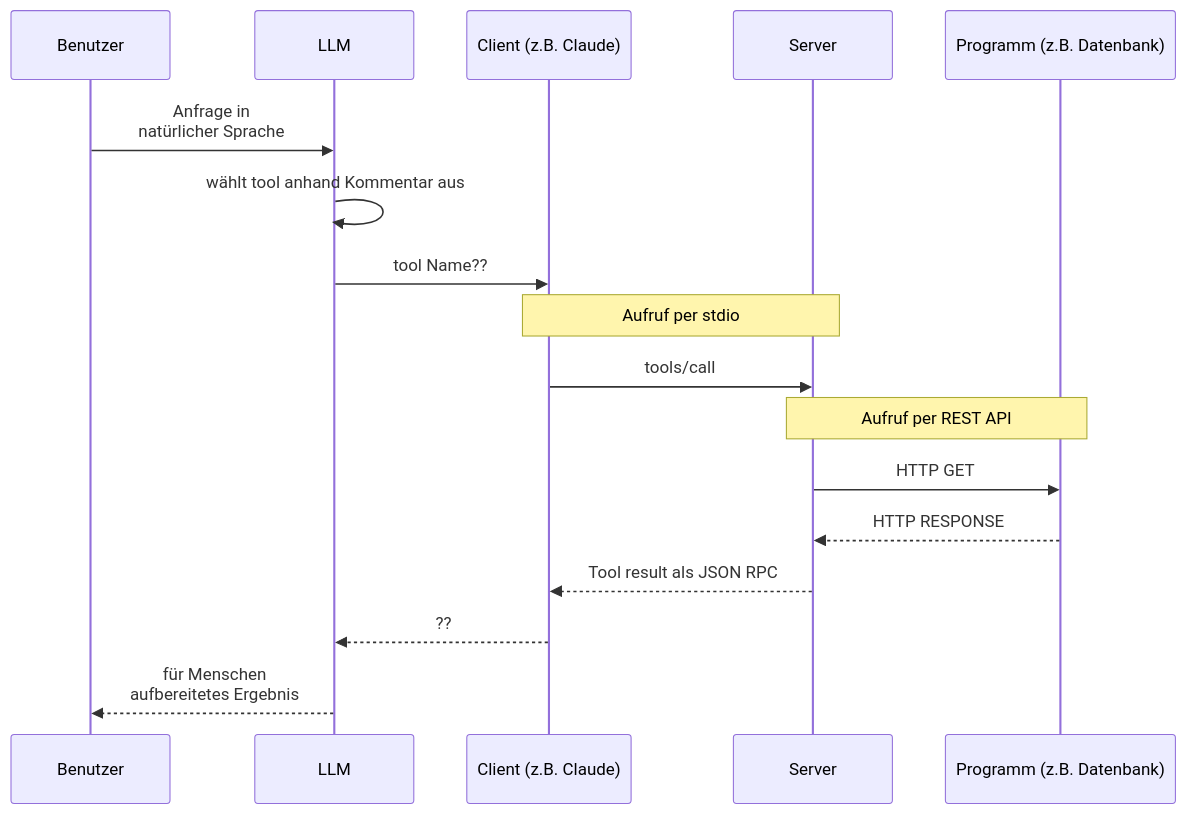
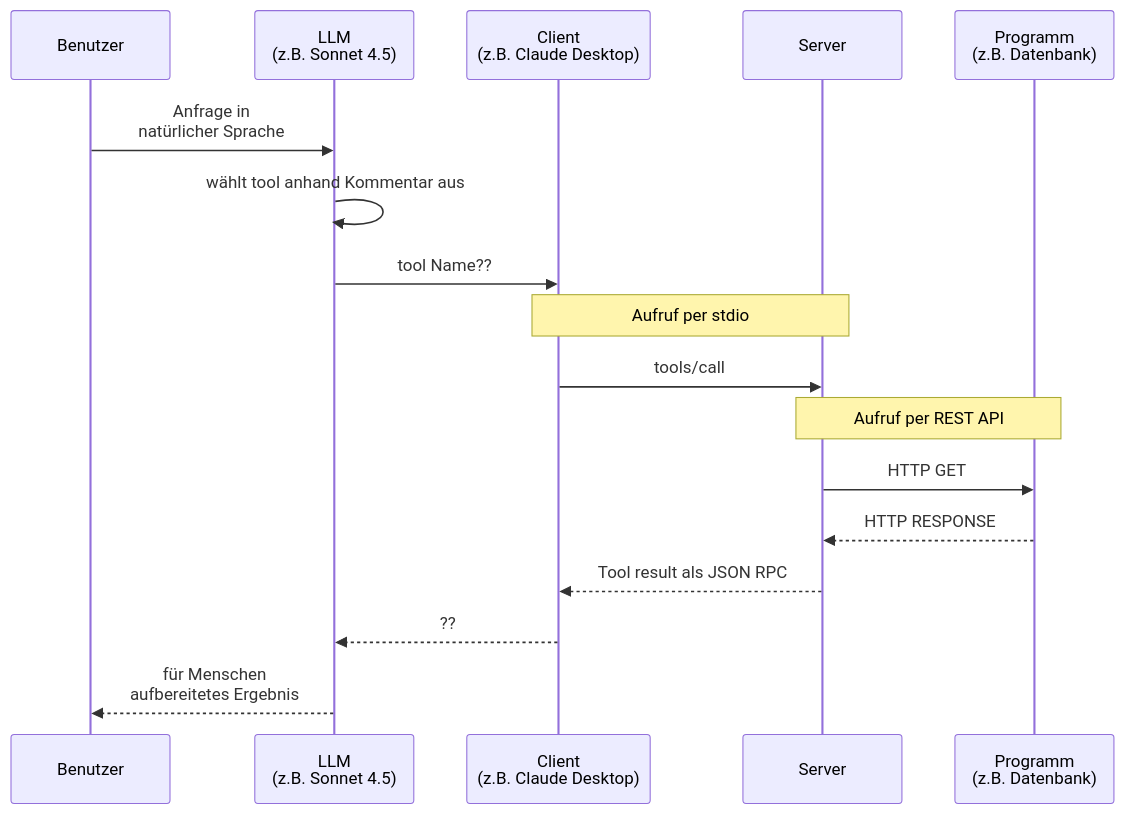
Before and after one commit to FlowTheTensor/SQLite-mit-MCP: the second of 4 diagrams in README.md, drawn with Mermaid.

````diff
--- a/README.md
+++ b/README.md
@@ -40,21 +40,21 @@
 ```mermaid
 sequenceDiagram
 participant User as Benutzer
-participant LLM as LLM
-    participant Client as Client (z.B. Claude)
+participant LLM as LLM <br>(z.B. Sonnet 4.5)
+    participant Client as Client<br> (z.B. Claude Desktop)
     participant Server as Server
-    participant App as Programm (z.B. Datenbank)
+    participant App as Programm <br>(z.B. Datenbank)
 
    User->>LLM: Anfrage in <br>natürlicher Sprache
    LLM->>LLM: wählt tool anhand Kommentar aus
    LLM->>Client: tool Name??
     Note over Client,Server: Aufruf per stdio
     Client->>Server: tools/call
     Note over Server,App: Aufruf per REST API
     Server->>App: HTTP GET
     App-->>Server: HTTP RESPONSE
     Server-->>Client: Tool result als JSON RPC
     Client-->>LLM: ??
     LLM-->>User: für Menschen <br>aufbereitetes Ergebnis
    
 ```
````
